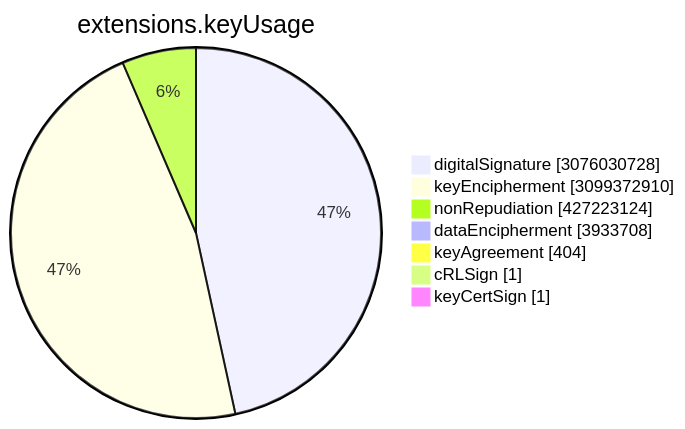
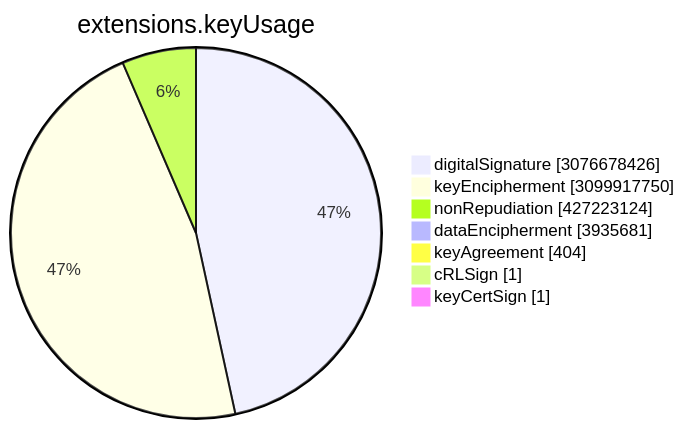
One commit to christiankrug/ctmonitor_visualization changed the sixth of 15 diagrams in TOTAL/README.md. Above: the diagram before and after it, drawn with Mermaid. The commit also changed other lines of this file, not shown here.

````diff
--- a/TOTAL/README.md
+++ b/TOTAL/README.md
@@ -3077,11 +3077,11 @@
 ```mermaid
 pie showData
 title extensions.keyUsage
-"digitalSignature" :3076030728
-"keyEncipherment" :3099372910
+"digitalSignature" :3076678426
+"keyEncipherment" :3099917750
 "nonRepudiation" :427223124
-"dataEncipherment" :3933708
+"dataEncipherment" :3935681
 "keyAgreement" :404
 "cRLSign" :1
 "keyCertSign" :1
 ```
````
